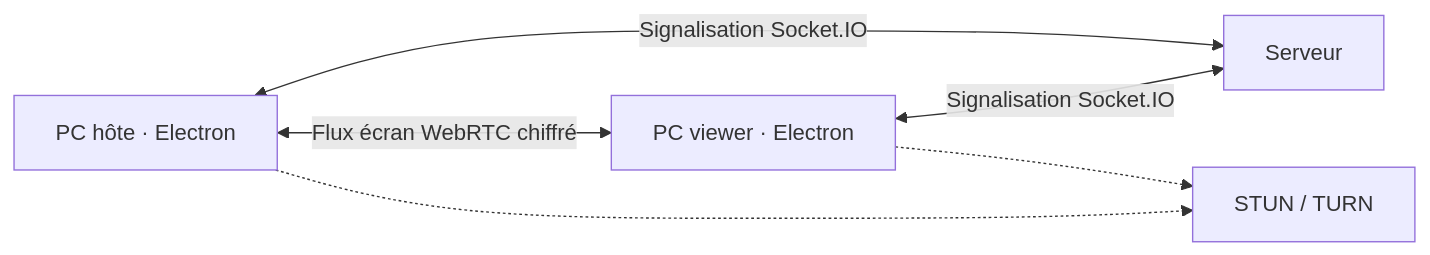
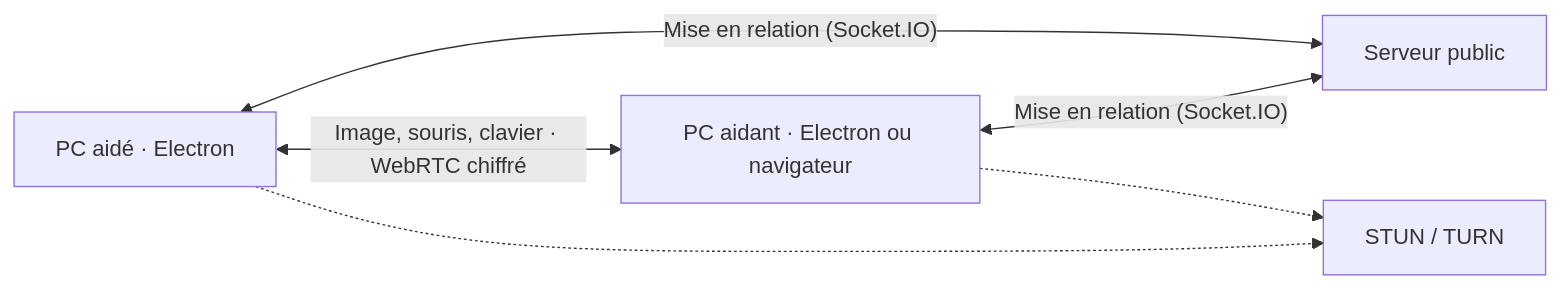
One commit to Madrador60/partager-son-ecran changed the diagram in README.md. Above: the diagram before and after it, drawn with Mermaid. The commit also changed other lines of this file, not shown here.

````diff
--- a/README.md
+++ b/README.md
@@ -114,8 +108,8 @@
 ```mermaid
 flowchart LR
-  H["PC hôte · Electron"] <-->|"Signalisation Socket.IO"| S["Serveur"]
-  V["PC viewer · Electron"] <-->|"Signalisation Socket.IO"| S
-  H <-->|"Flux écran WebRTC chiffré"| V
-  H -.-> N["STUN / TURN"]
-  V -.-> N
+  H["PC aidé · Electron"] <-->|"Mise en relation (Socket.IO)"| S["Serveur public"]
+  V["PC aidant · Electron ou navigateur"] <-->|"Mise en relation (Socket.IO)"| S
+  H <-->|"Image, souris, clavier · WebRTC chiffré"| V
+  H -.-> T["STUN / TURN"]
+  V -.-> T
 ```
````
